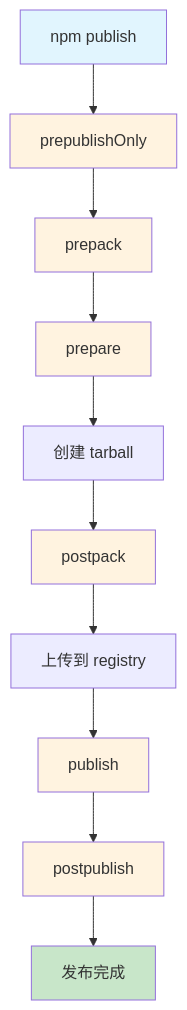
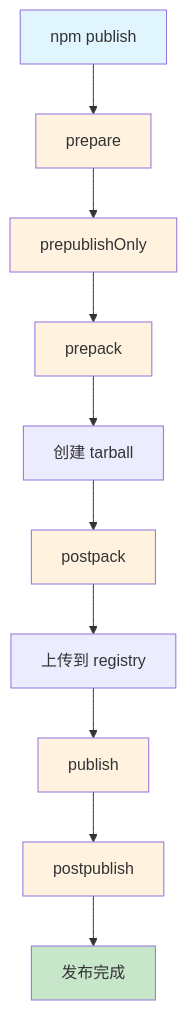
The third of 5 diagrams in npm-package-lifecycle.md (chenmijiang/ai-notebook), drawn with Mermaid before and after one commit. The commit also changed other lines of this file, not shown here.

Commit message:
update npm package lifecycle documentation for clarity and accuracy

````diff
--- a/npm-package-lifecycle.md
+++ b/npm-package-lifecycle.md
@@ -331,21 +333,21 @@
 ```mermaid
 flowchart TD
-    A[npm publish] --> B[prepublishOnly]
-    B --> C[prepack]
-    C --> D[prepare]
+    A[npm publish] --> B[prepare]
+    B --> C[prepublishOnly]
+    C --> D[prepack]
     D --> E[创建 tarball]
     E --> F[postpack]
     F --> G[上传到 registry]
     G --> H[publish]
     H --> I[postpublish]
     I --> J[发布完成]
 
     style A fill:#e1f5fe
     style J fill:#c8e6c9
     style B fill:#fff3e0
     style C fill:#fff3e0
     style D fill:#fff3e0
     style F fill:#fff3e0
     style H fill:#fff3e0
     style I fill:#fff3e0
 ```
````
